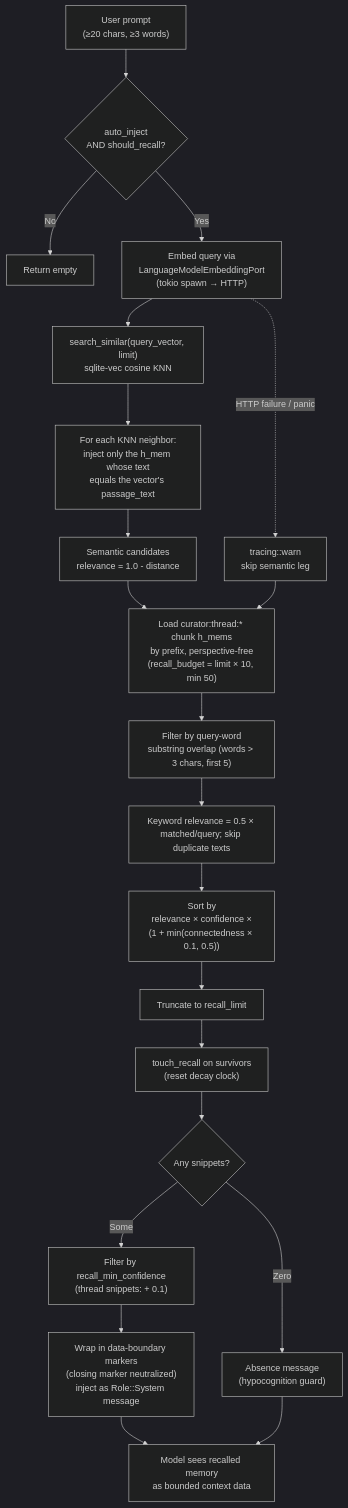
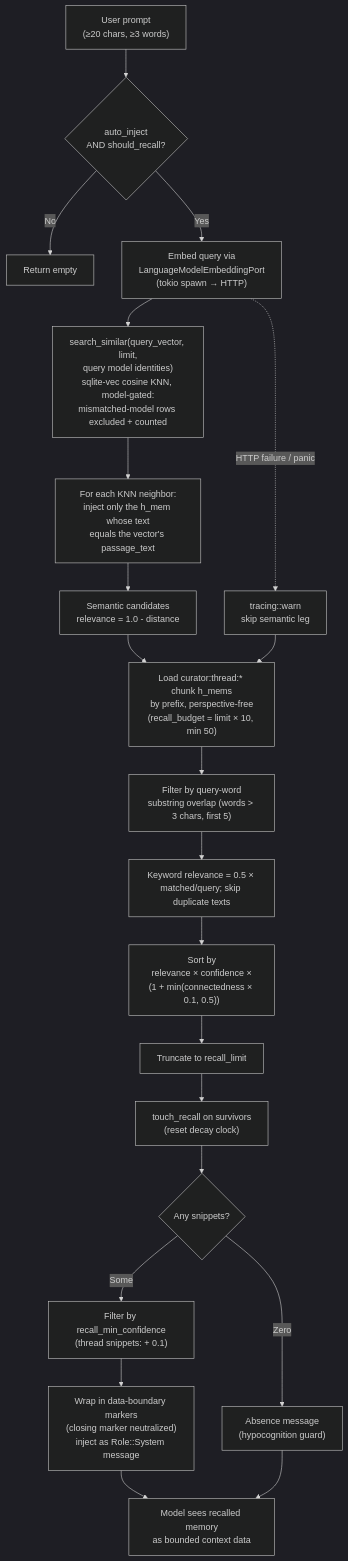
The fourth of 6 diagrams in kask/docs/architecture/memory-system-specification.md (mdz-axo/zed-kask), drawn with Mermaid (dark theme) before and after one commit. The commit also changed 25 other files, not shown here.

First line of the commit message:
Gate embedding KNN on model identity across both search engines

````diff
--- a/kask/docs/architecture/memory-system-specification.md
+++ b/kask/docs/architecture/memory-system-specification.md
@@ -582,26 +582,26 @@
 ```mermaid
 flowchart TD
     Prompt["User prompt<br/>(≥20 chars, ≥3 words)"] --> Gate{"auto_inject<br/>AND should_recall?"}
     Gate -- "No" --> Empty["Return empty"]
     Gate -- "Yes" --> Embed["Embed query via<br/>LanguageModelEmbeddingPort<br/>(tokio spawn → HTTP)"]
-    Embed --> KNN["search_similar(query_vector, limit)<br/>sqlite-vec cosine KNN"]
+    Embed --> KNN["search_similar(query_vector, limit,<br/>query model identities)<br/>sqlite-vec cosine KNN, model-gated:<br/>mismatched-model rows excluded + counted"]
     KNN --> Join["For each KNN neighbor:<br/>inject only the h_mem whose text<br/>equals the vector's passage_text"]
     Join --> SemanticCandidates["Semantic candidates<br/>relevance = 1.0 - distance"]
 
     SemanticCandidates --> LoadPrefix["Load curator:thread:* chunk h_mems<br/>by prefix, perspective-free<br/>(recall_budget = limit × 10, min 50)"]
     LoadPrefix --> Keyword["Filter by query-word<br/>substring overlap (words > 3 chars, first 5)"]
     Keyword --> KeywordCandidates["Keyword relevance = 0.5 × matched/query; skip duplicate texts"]
 
     KeywordCandidates --> Sort["Sort by<br/>relevance × confidence ×<br/>(1 + min(connectedness × 0.1, 0.5))"]
     Sort --> Truncate["Truncate to recall_limit"]
     Truncate --> Touch["touch_recall on survivors<br/>(reset decay clock)"]
     Touch --> Result{"Any snippets?"}
     Result -- "Zero" --> Absence["Absence message<br/>(hypocognition guard)"]
     Result -- "Some" --> Filter["Filter by recall_min_confidence<br/>(thread snippets: + 0.1)"]
     Filter --> Inject["Wrap in data-boundary markers<br/>(closing marker neutralized)<br/>inject as Role::System message"]
     Inject --> Model["Model sees recalled memory<br/>as bounded context data"]
     Absence --> Model
 
     Embed -.->|"HTTP failure / panic"| EmbedFail["tracing::warn<br/>skip semantic leg"]
     EmbedFail --> LoadPrefix
 ```
````
